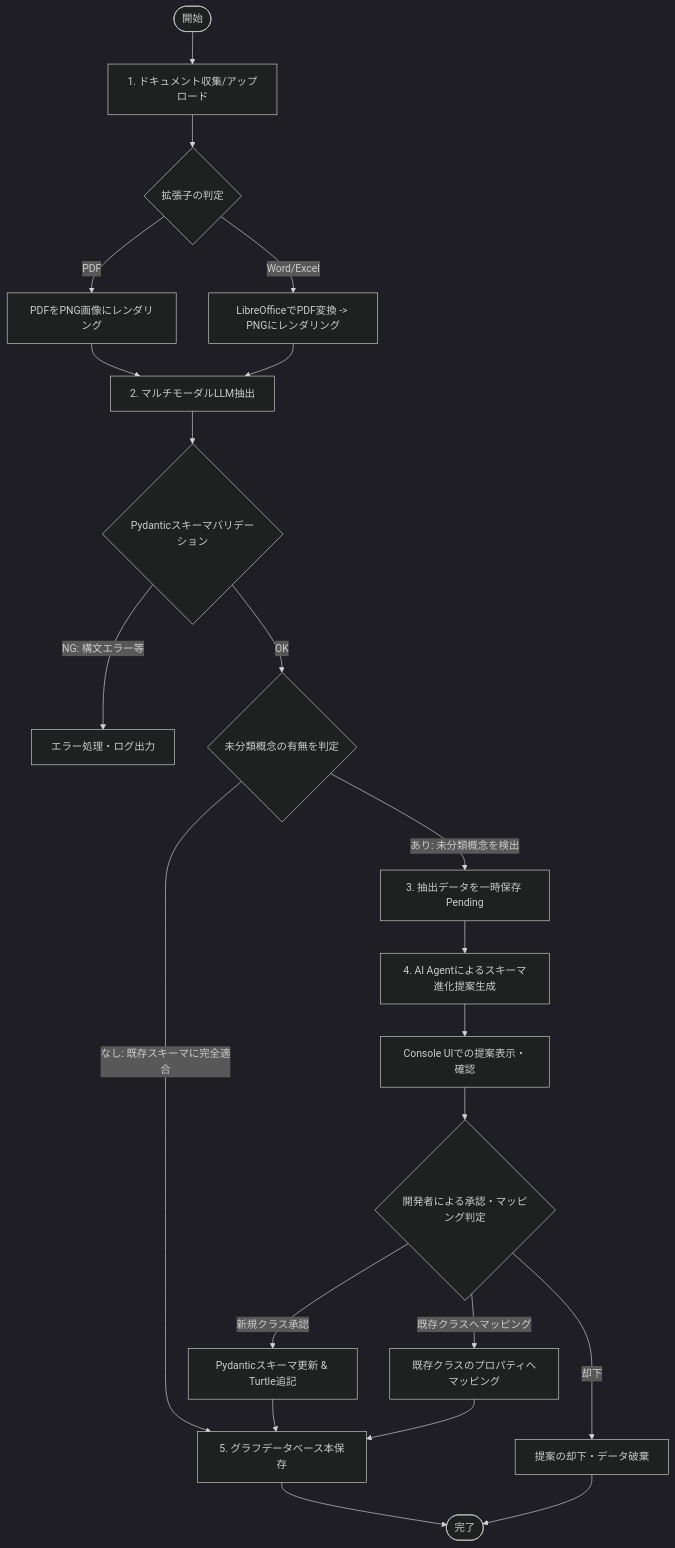
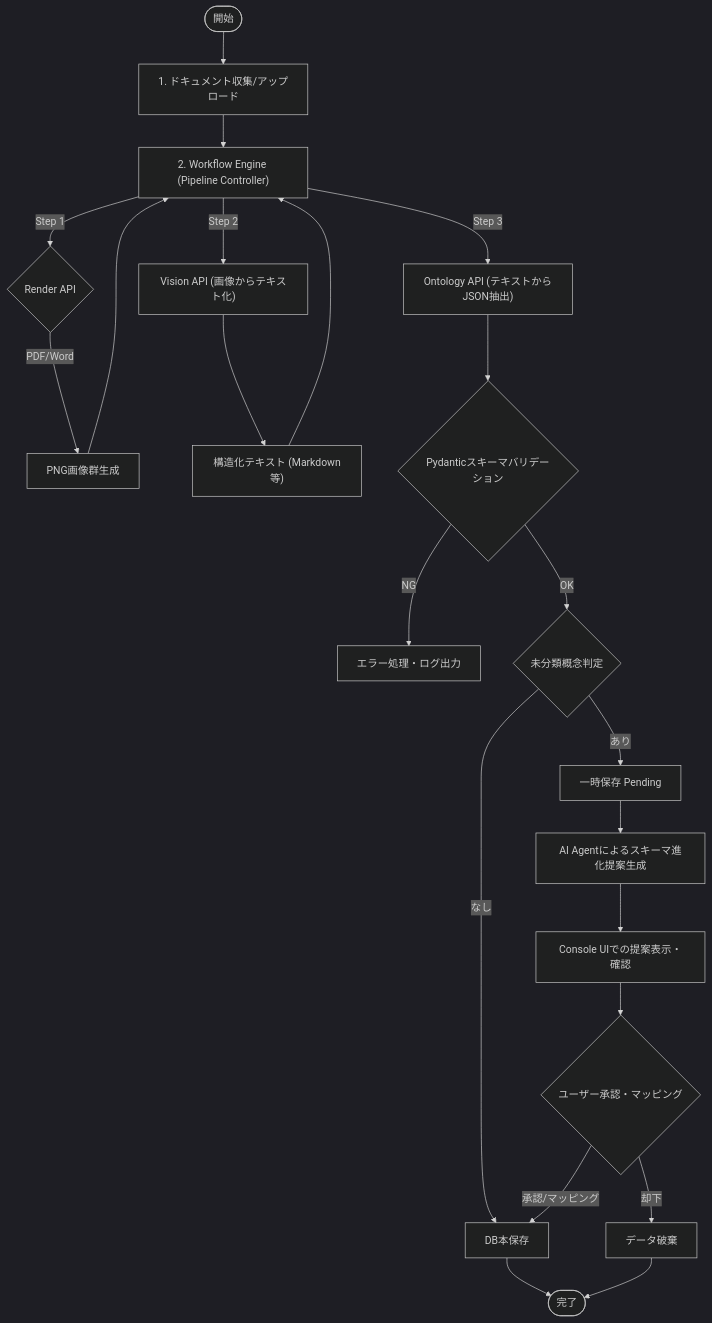
The second of 3 diagrams in docs/architecture_design.md (hiroooo000/ontoNgn), drawn with Mermaid (dark theme) before and after one commit. The commit also changed other lines of this file, not shown here.

````diff
--- a/docs/architecture_design.md
+++ b/docs/architecture_design.md
@@ -203,31 +214,32 @@
 ```mermaid
 flowchart TD
     Start(["開始"]) --> Ingestion["1. ドキュメント収集/アップロード"]
-    Ingestion --> Render{"拡張子の判定"}
-    Render -->|"PDF"| PdfRender["PDFをPNG画像にレンダリング"]
-    Render -->|"Word/Excel"| OfficeRender["LibreOfficeでPDF変換 -> PNGにレンダリング"]
+    Ingestion --> Workflow["2. Workflow Engine (Pipeline Controller)"]
     
-    PdfRender --> LLMExtract["2. マルチモーダルLLM抽出"]
-    OfficeRender --> LLMExtract
+    Workflow -->|Step 1| RenderAPI{"Render API"}
+    RenderAPI -->|"PDF/Word"| Images["PNG画像群生成"]
+    Images --> Workflow
     
-    LLMExtract --> Validate{"Pydanticスキーマバリデーション"}
-    Validate -->|"NG: 構文エラー等"| Error["エラー処理・ログ出力"]
-    Validate -->|"OK"| ConceptTriage{"未分類概念の有無を判定"}
+    Workflow -->|Step 2| VisionAPI["Vision API (画像からテキスト化)"]
+    VisionAPI --> ExtractedText["構造化テキスト (Markdown等)"]
+    ExtractedText --> Workflow
     
-    ConceptTriage -->|"なし: 既存スキーマに完全適合"| SaveDB["5. グラフデータベース本保存"]
-    ConceptTriage -->|"あり: 未分類概念を検出"| TempSave["3. 抽出データを一時保存 Pending"]
+    Workflow -->|Step 3| OntologyAPI["Ontology API (テキストからJSON抽出)"]
+    OntologyAPI --> Validate{"Pydanticスキーマバリデーション"}
     
-    TempSave --> EvolutionAgent["4. AI Agentによるスキーマ進化提案生成"]
+    Validate -->|"NG"| Error["エラー処理・ログ出力"]
+    Validate -->|"OK"| ConceptTriage{"未分類概念判定"}
+    
+    ConceptTriage -->|"なし"| SaveDB["DB本保存"]
+    ConceptTriage -->|"あり"| TempSave["一時保存 Pending"]
+    
+    TempSave --> EvolutionAgent["AI Agentによるスキーマ進化提案生成"]
     EvolutionAgent --> ConsoleUI["Console UIでの提案表示・確認"]
-    ConsoleUI --> UserAction{"開発者による承認・マッピング判定"}
+    ConsoleUI --> UserAction{"ユーザー承認・マッピング"}
     
-    UserAction -->|"新規クラス承認"| Compile["Pydanticスキーマ更新 & Turtle追記"]
-    UserAction -->|"既存クラスへマッピング"| MapExisting["既存クラスのプロパティへマッピング"]
-    UserAction -->|"却下"| Discard["提案の却下・データ破棄"]
-    
-    Compile --> SaveDB
-    MapExisting --> SaveDB
-    Discard --> End
+    UserAction -->|"承認/マッピング"| SaveDB
+    UserAction -->|"却下"| Discard["データ破棄"]
     
     SaveDB --> End(["完了"])
+    Discard --> End
 ```
````
